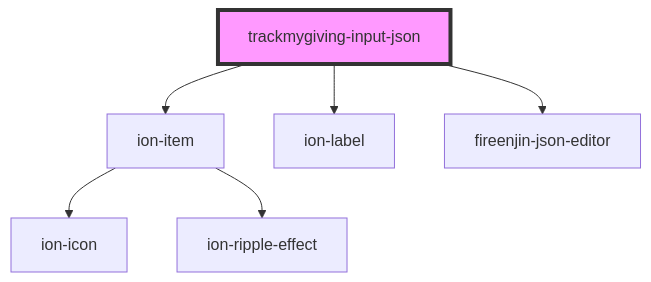
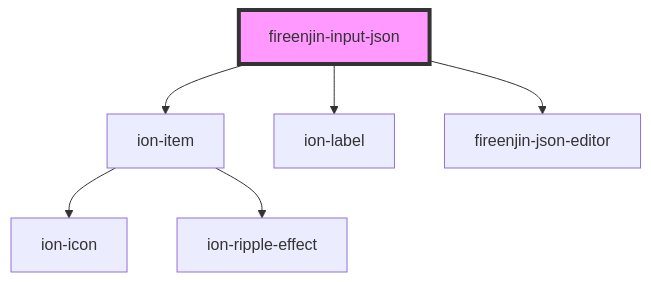
One commit to MadnessLabs/fireenjin-components changed the diagram in src/components/input-json/readme.md. Above: the diagram before and after it, drawn with Mermaid. The commit also changed other lines of this file and 10 other files, not shown here.

````diff
--- a/src/components/input-json/readme.md
+++ b/src/components/input-json/readme.md
@@ -23,9 +24,9 @@
 ```mermaid
 graph TD;
-  trackmygiving-input-json --> ion-item
-  trackmygiving-input-json --> ion-label
-  trackmygiving-input-json --> fireenjin-json-editor
+  fireenjin-input-json --> ion-item
+  fireenjin-input-json --> ion-label
+  fireenjin-input-json --> fireenjin-json-editor
   ion-item --> ion-icon
   ion-item --> ion-ripple-effect
-  style trackmygiving-input-json fill:#f9f,stroke:#333,stroke-width:4px
+  style fireenjin-input-json fill:#f9f,stroke:#333,stroke-width:4px
 ```
````
